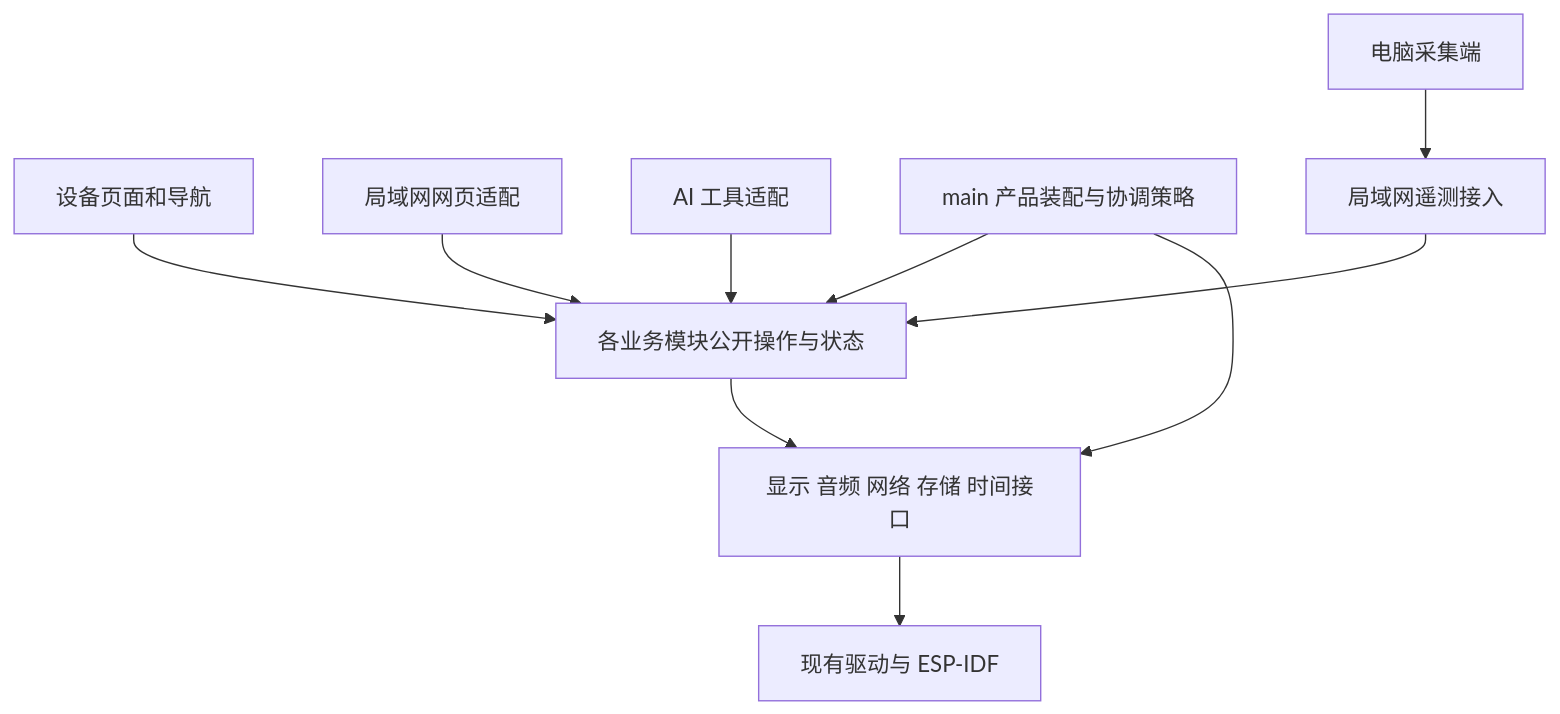
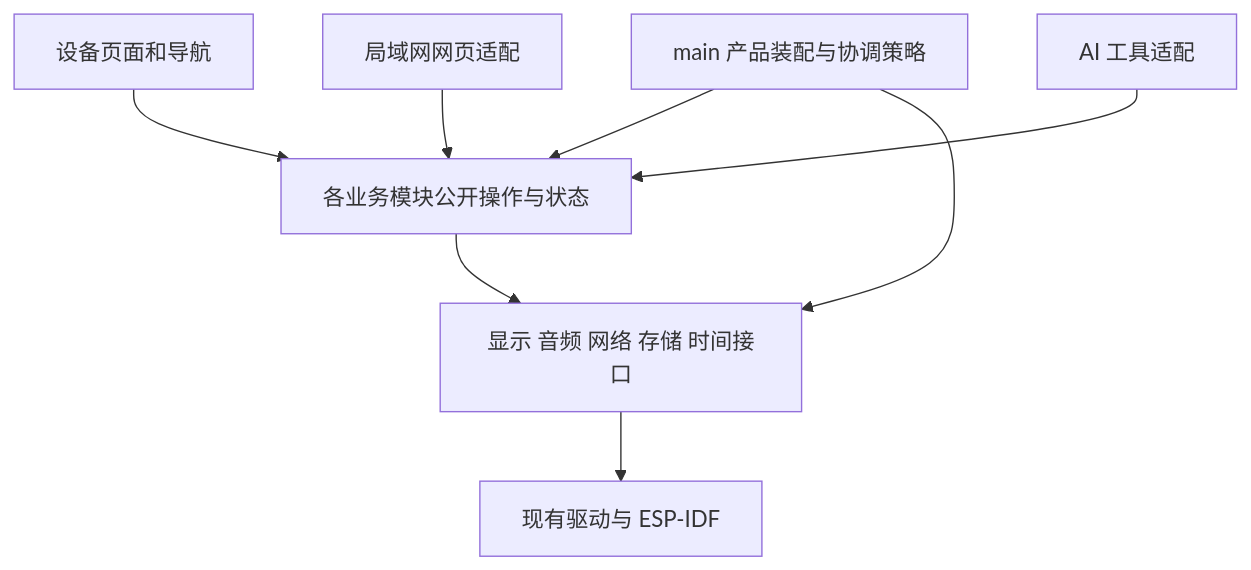
The diagram in docs/development/02-technical-design.md (YuqiuRen0914/smart-speaker), drawn with Mermaid before and after one commit. The commit also changed other lines of this file and 10 other files, not shown here.

````diff
--- a/docs/development/02-technical-design.md
+++ b/docs/development/02-technical-design.md
@@ -34,12 +34,10 @@
 ```mermaid
 flowchart TD
     UI[设备页面和导航] --> CMD[各业务模块公开操作与状态]
     WEB[局域网网页适配] --> CMD
     TOOL[AI 工具适配] --> CMD
     COMP[main 产品装配与协调策略] --> CMD
     COMP --> PORT[显示 音频 网络 存储 时间接口]
     CMD --> PORT
     PORT --> DRIVER[现有驱动与 ESP-IDF]
-    PC[电脑采集端] --> LAN[局域网遥测接入]
-    LAN --> CMD
 ```
````
